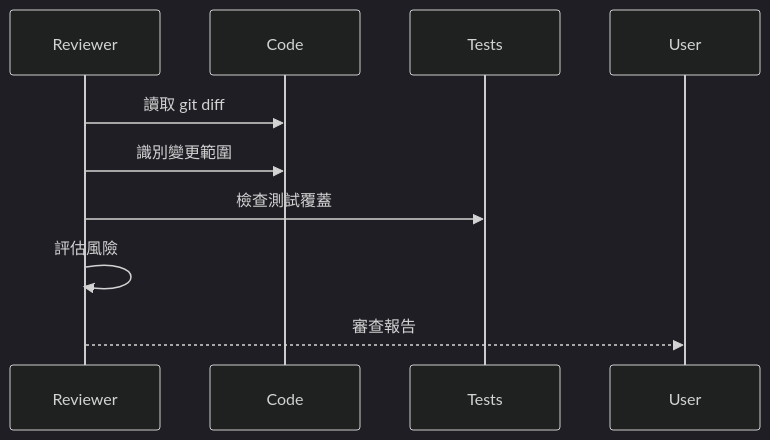
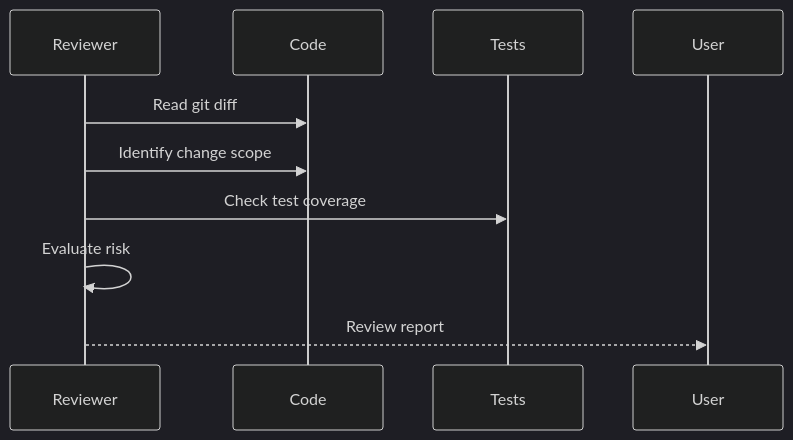
One commit to jupiter-Pulin/Uranus-dev-flow changed the diagram in agents/refactor-reviewer.md. Above: the diagram before and after it, drawn with Mermaid (dark theme). The commit also changed other lines of this file and 106 other files, not shown here.

````diff
--- a/agents/refactor-reviewer.md
+++ b/agents/refactor-reviewer.md
@@ -23,12 +23,12 @@
 ```mermaid
 sequenceDiagram
     participant R as Reviewer
     participant C as Code
     participant T as Tests
 
-    R->>C: 讀取 git diff
-    R->>C: 識別變更範圍
-    R->>T: 檢查測試覆蓋
-    R->>R: 評估風險
-    R-->>User: 審查報告
+    R->>C: Read git diff
+    R->>C: Identify change scope
+    R->>T: Check test coverage
+    R->>R: Evaluate risk
+    R-->>User: Review report
 ```
````
